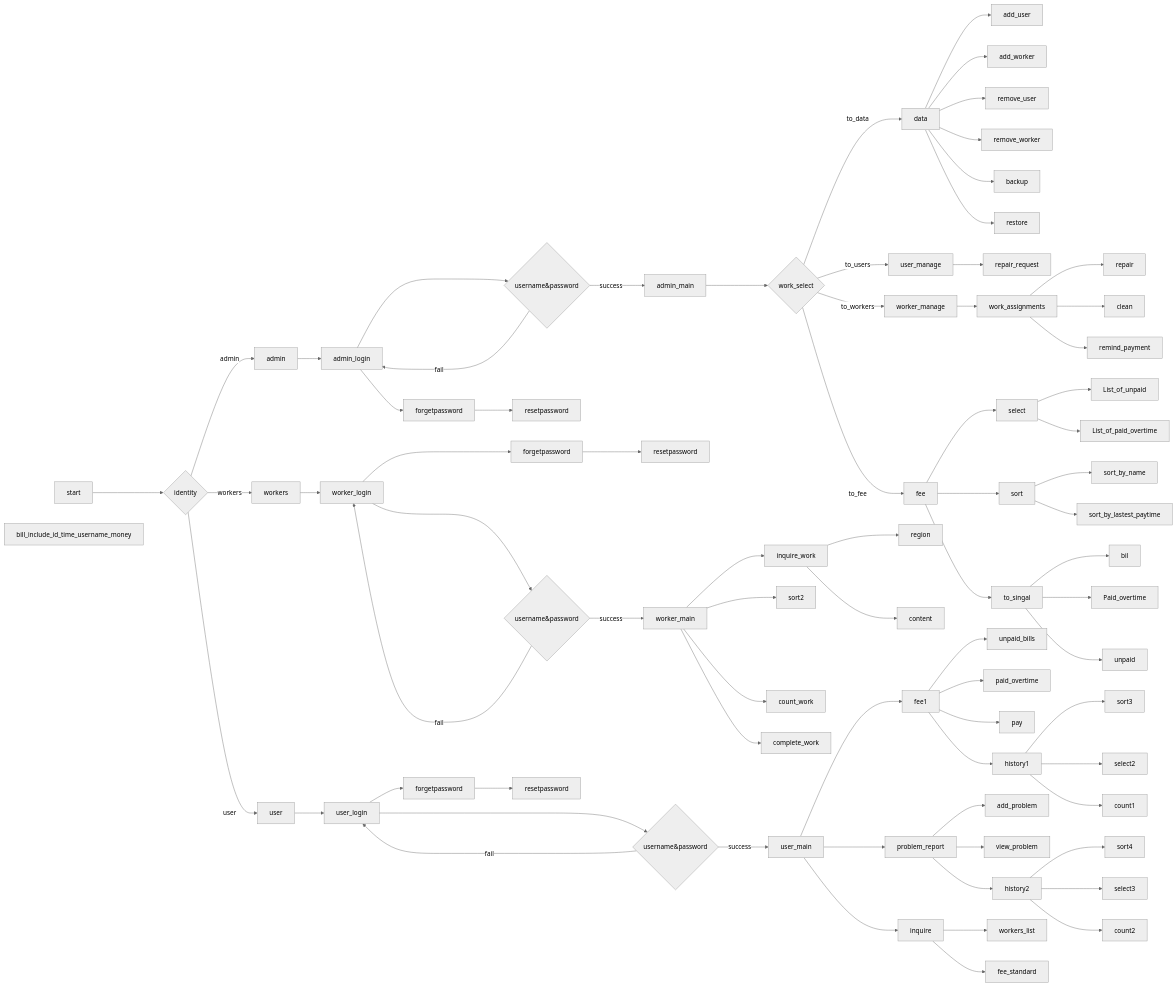
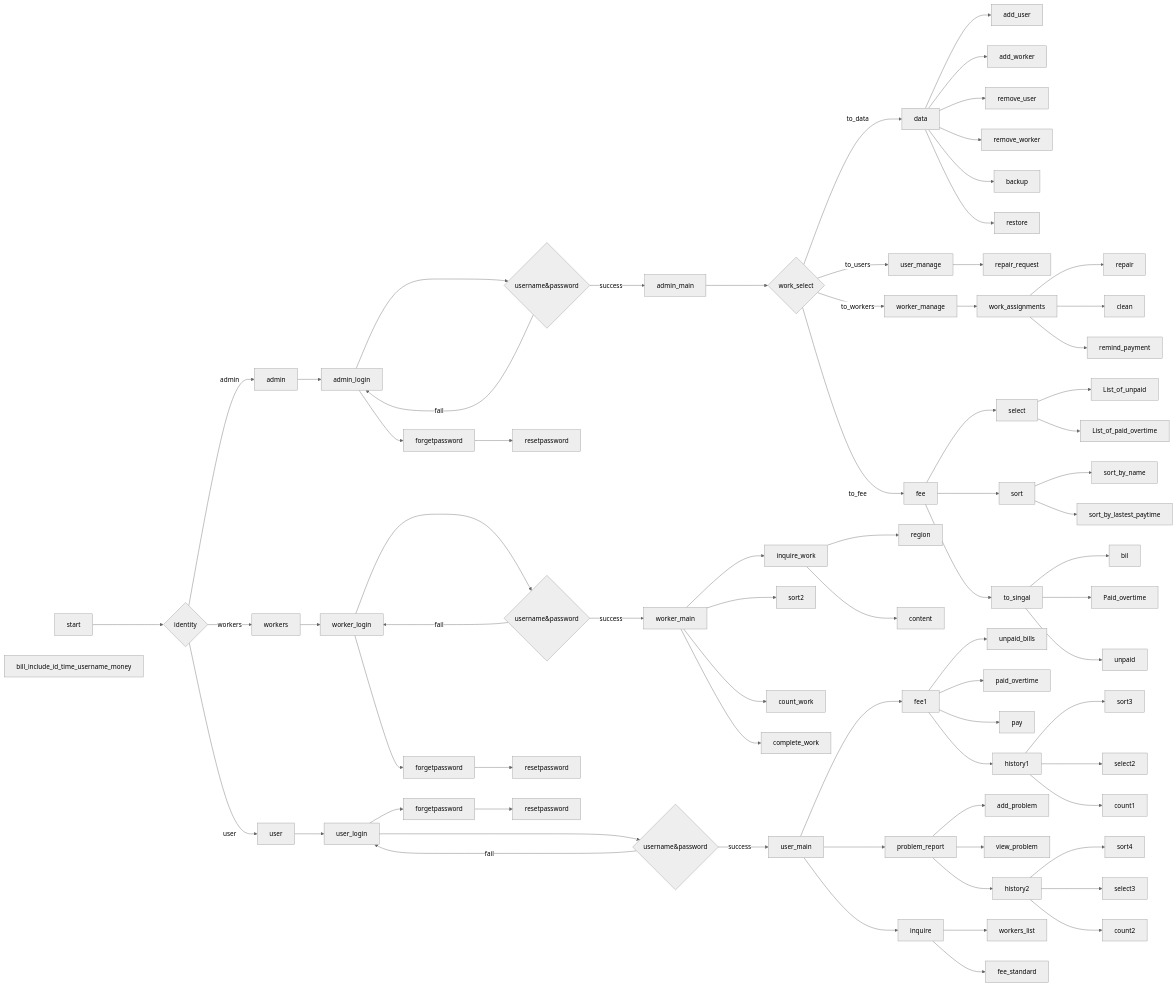
One commit to Rushyoung/properties_management changed the diagram in flowchart.md. Above: the diagram before and after it, drawn with Mermaid (neutral theme).

Commit message:
doc: beautify flowchart.md again.

````diff
--- a/flowchart.md
+++ b/flowchart.md
@@ -1,80 +1,80 @@
 ```mermaid
 graph LR
 start --> choose{identity}
 choose --> |admin| admin
 choose --> |user| user
 choose --> |workers| workers
 
 admin --> admin_login
 admin_login ---> verify1{username&password}
 admin_login --> forget1[forgetpassword]
 forget1 --> reset1[resetpassword]
 verify1 --> |success| admin_main
 verify1 --fail--> admin_login
 admin_main --> work_select1{work_select}
 work_select1 --> |to_users| user_manage
 work_select1 --> |to_workers| worker_manage
 work_select1 --> |to_fee| fee
 work_select1 --> |to_data| data
 data --> add_user
 data --> add_worker
 data --> remove_user
 data --> remove_worker
 data --> backup
 data --> restore
 user_manage --> repair_request
 fee --> select
 fee --> sort
 fee --> to_singal
 select --> List_of_unpaid
 select --> List_of_paid_overtime
 sort --> sort_by_name
 sort --> sort_by_lastest_paytime
 to_singal --> bil
 to_singal --> Paid_overtime
 to_singal --> unpaid
 worker_manage --> work_assignments
 work_assignments --> repair
 work_assignments --> clean
 work_assignments --> remind_payment
 
-workers -->worker_login
-worker_login ---> verify2{username&password}
-worker_login ---> forget2[forgetpassword]
+workers --> worker_login
+worker_login --> verify2{username&password}
+worker_login --> forget2[forgetpassword]
 forget2 --> reset2[resetpassword]
 verify2 --> |success| worker_main
-verify2 --> |fail| worker_login
+verify2 ---> |fail| worker_login
 worker_main --> inquire_work
 worker_main --> sort2
 worker_main --> count_work
 worker_main --> complete_work
 inquire_work --> region
 inquire_work --> content
 
 user --> user_login
 user_login --> verify3{username&password}
 user_login --> forget3[forgetpassword]
 forget3 --> reset3[resetpassword]
 verify3 --> |success| user_main
 verify3 ----> |fail| user_login
 user_main --> fee1
 user_main --> problem_report
 user_main --> inquire
 fee1 --> unpaid_bills
 fee1 --> paid_overtime
 fee1 --> pay
 fee1 --> history1
 history1 --> sort3
 history1 --> select2
 history1 --> count1
 problem_report --> add_problem
 problem_report --> view_problem
 problem_report --> history2
 history2 --> sort4
 history2 --> select3
 history2 --> count2
 inquire --> workers_list
 inquire --> fee_standard
 
 bill_include_id_time_username_money
 ```
````
